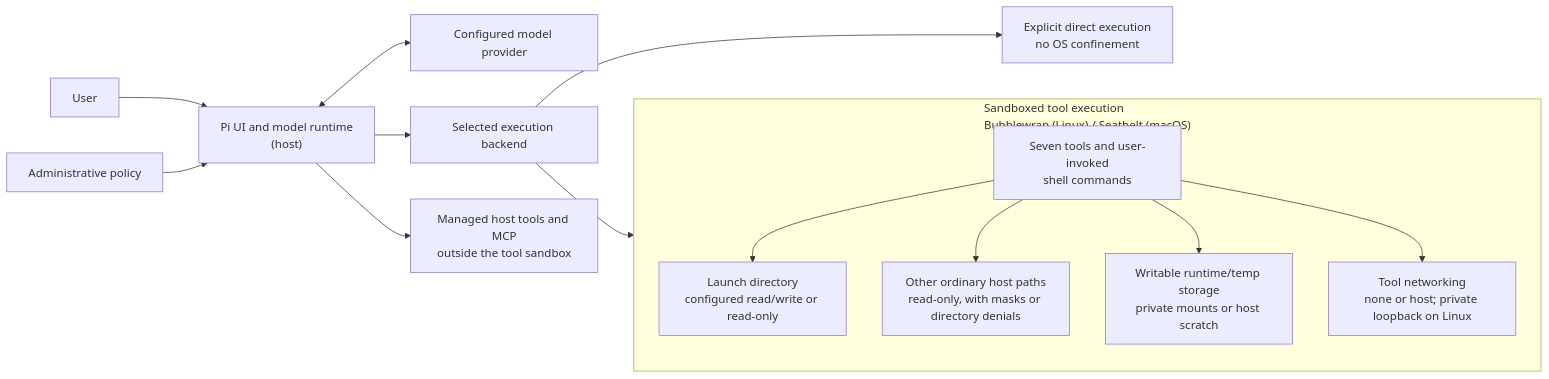
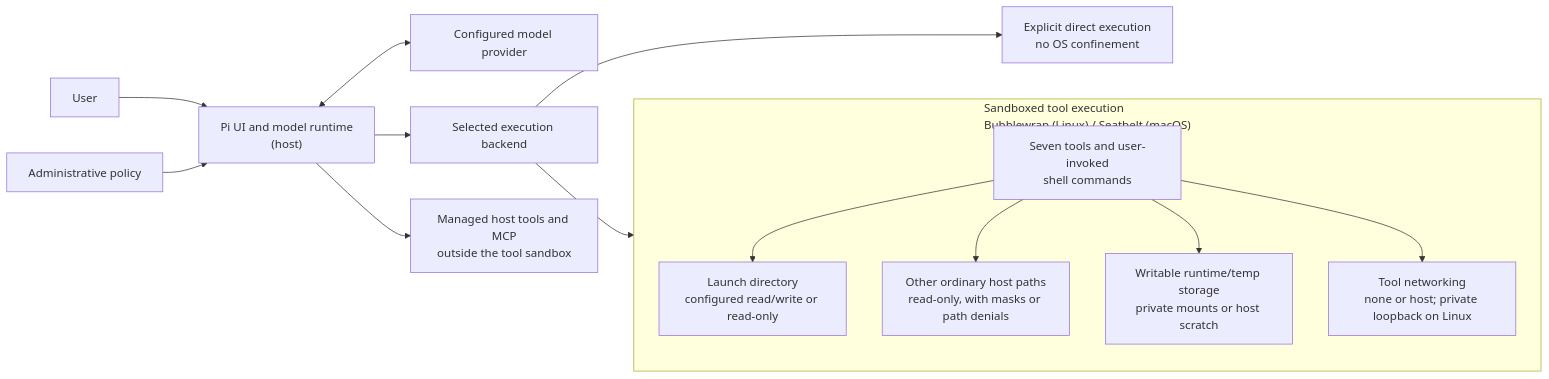
Before and after one commit to kcosr/pi-sandbox: the diagram in README.md, drawn with Mermaid. The commit also changed other lines of this file and 23 other files, not shown here.

Commit message:
Support macOS file denials and skip missing paths

````diff
--- a/README.md
+++ b/README.md
@@ -69,25 +69,25 @@
 ```mermaid
 flowchart LR
     User[User] --> Pi["Pi UI and model runtime<br/>(host)"]
     Policy[Administrative policy] --> Pi
     Pi <--> Provider[Configured model provider]
     Pi --> Backend[Selected execution backend]
     Pi --> HostTools["Managed host tools and MCP<br/>outside the tool sandbox"]
     Backend --> Direct["Explicit direct execution<br/>no OS confinement"]
 
     subgraph Sandbox["Sandboxed tool execution<br/>Bubblewrap (Linux) / Seatbelt (macOS)"]
         direction TB
         Operations["Seven tools and user-invoked<br/>shell commands"]
         LaunchDirectory["Launch directory<br/>configured read/write or read-only"]
-        HostFilesystem["Other ordinary host paths<br/>read-only, with masks or directory denials"]
+        HostFilesystem["Other ordinary host paths<br/>read-only, with masks or path denials"]
         Scratch["Writable runtime/temp storage<br/>private mounts or host scratch"]
         Network["Tool networking<br/>none or host; private loopback on Linux"]
 
         Operations --> LaunchDirectory
         Operations --> HostFilesystem
         Operations --> Scratch
         Operations --> Network
     end
 
     Backend --> Operations
 ```
````
